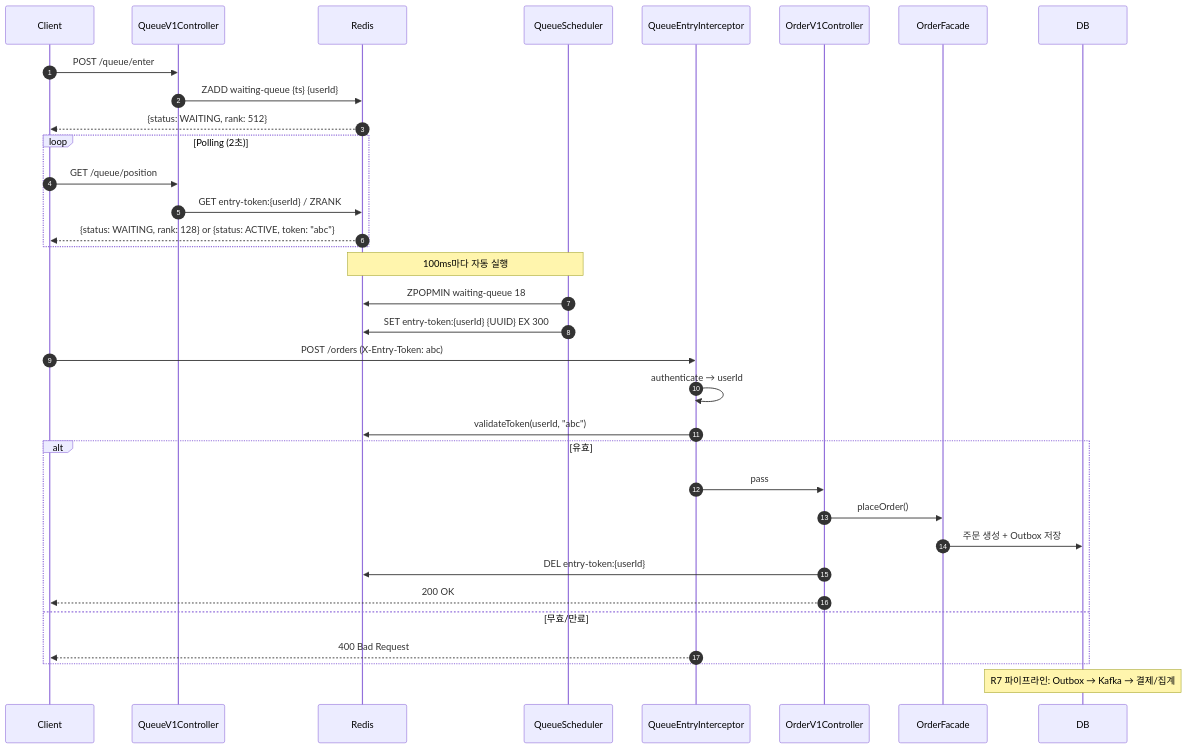
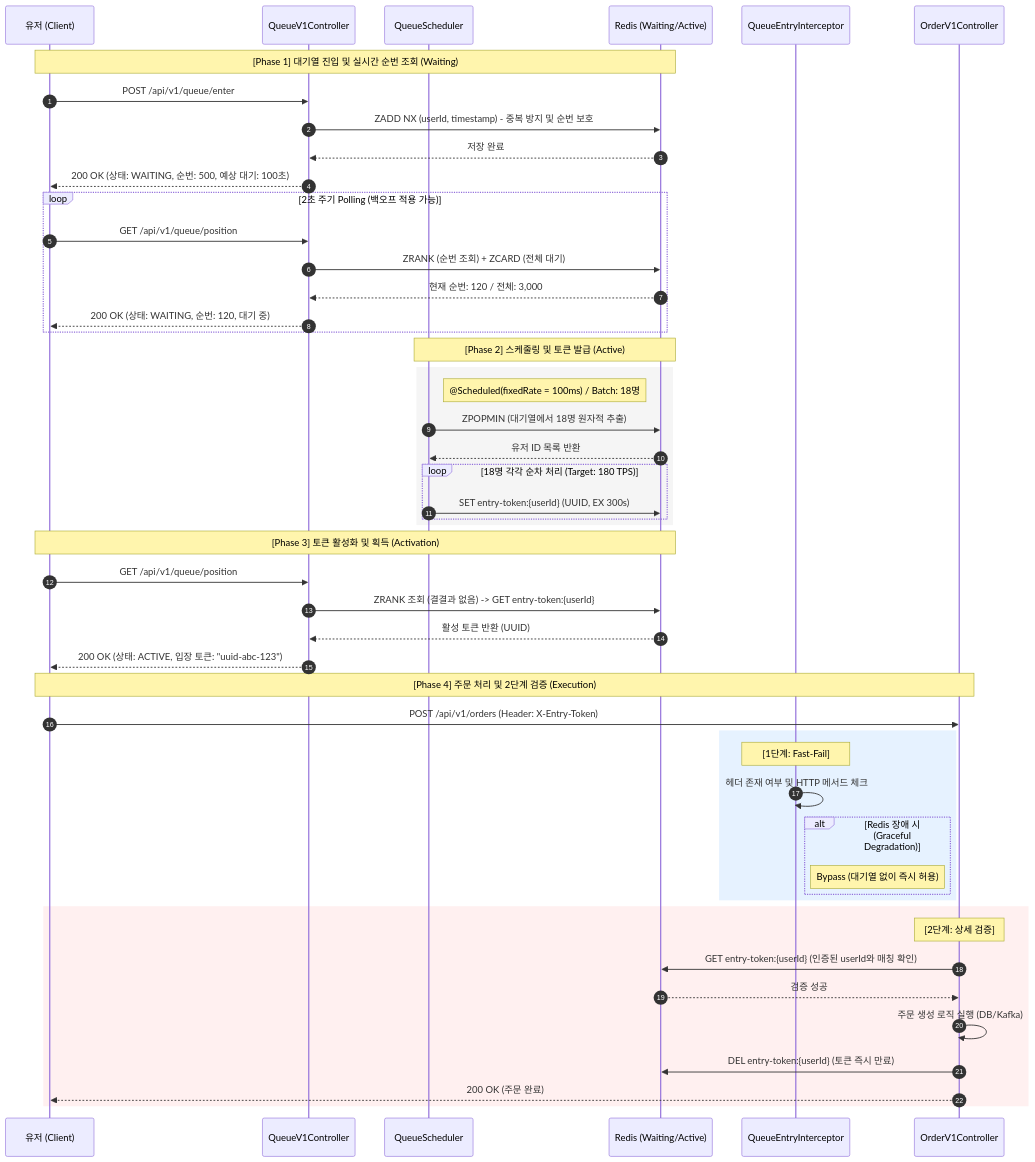
One commit to Loopers-dev-lab/loop-pack-be-l2-vol3-kotlin changed the second of 3 diagrams in week_notes/pr-week-8.md. Above: the diagram before and after it, drawn with Mermaid. The commit also changed other lines of this file and 4 other files, not shown here.

````diff
--- a/week_notes/pr-week-8.md
+++ b/week_notes/pr-week-8.md
@@ -88,42 +39,59 @@
 ```mermaid
 sequenceDiagram
     autonumber
-    participant Client
-    participant QueueAPI as QueueV1Controller
-    participant Redis as Redis
+    participant User as 유저 (Client)
+    participant Queue as QueueV1Controller
     participant Scheduler as QueueScheduler
+    participant Redis as Redis (Waiting/Active)
     participant Interceptor as QueueEntryInterceptor
-    participant OrderAPI as OrderV1Controller
-    participant OrderFacade
-    participant DB
+    participant Order as OrderV1Controller
 
-    Client->>QueueAPI: POST /queue/enter
-    QueueAPI->>Redis: ZADD waiting-queue {ts} {userId}
-    Redis-->>Client: {status: WAITING, rank: 512}
+    Note over User, Redis: [Phase 1] 대기열 진입 및 실시간 순번 조회 (Waiting)
+    User->>Queue: POST /api/v1/queue/enter
+    Queue->>Redis: ZADD NX (userId, timestamp) - 중복 방지 및 순번 보호
+    Redis-->>Queue: 저장 완료
+    Queue-->>User: 200 OK (상태: WAITING, 순번: 500, 예상 대기: 100초)
 
-    loop Polling (2초)
-        Client->>QueueAPI: GET /queue/position
-        QueueAPI->>Redis: GET entry-token:{userId} / ZRANK
-        Redis-->>Client: {status: WAITING, rank: 128} or {status: ACTIVE, token: "abc"}
+    loop 2초 주기 Polling (백오프 적용 가능)
+        User->>Queue: GET /api/v1/queue/position
+        Queue->>Redis: ZRANK (순번 조회) + ZCARD (전체 대기)
+        Redis-->>Queue: 현재 순번: 120 / 전체: 3,000
+        Queue-->>User: 200 OK (상태: WAITING, 순번: 120, 대기 중)
     end
 
-    Note over Scheduler,Redis: 100ms마다 자동 실행
-    Scheduler->>Redis: ZPOPMIN waiting-queue 18
-    Scheduler->>Redis: SET entry-token:{userId} {UUID} EX 300
-
-    Client->>Interceptor: POST /orders (X-Entry-Token: abc)
-    Interceptor->>Interceptor: authenticate → userId
-    Interceptor->>Redis: validateToken(userId, "abc")
-
-    alt 유효
-        Interceptor->>OrderAPI: pass
-        OrderAPI->>OrderFacade: placeOrder()
-        OrderFacade->>DB: 주문 생성 + Outbox 저장
-        OrderAPI->>Redis: DEL entry-token:{userId}
-        OrderAPI-->>Client: 200 OK
-    else 무효/만료
-        Interceptor-->>Client: 400 Bad Request
+    Note over Scheduler, Redis: [Phase 2] 스케줄링 및 토큰 발급 (Active)
+    rect rgb(245, 245, 245)
+        Note right of Scheduler: @Scheduled(fixedRate = 100ms) / Batch: 18명
+        Scheduler->>Redis: ZPOPMIN (대기열에서 18명 원자적 추출)
+        Redis-->>Scheduler: 유저 ID 목록 반환
+        loop 18명 각각 순차 처리 (Target: 180 TPS)
+            Scheduler->>Redis: SET entry-token:{userId} (UUID, EX 300s)
+        end
     end
 
-    Note over DB: R7 파이프라인: Outbox → Kafka → 결제/집계
+    Note over User, Redis: [Phase 3] 토큰 활성화 및 획득 (Activation)
+    User->>Queue: GET /api/v1/queue/position
+    Queue->>Redis: ZRANK 조회 (결결과 없음) -> GET entry-token:{userId}
+    Redis-->>Queue: 활성 토큰 반환 (UUID)
+    Queue-->>User: 200 OK (상태: ACTIVE, 입장 토큰: "uuid-abc-123")
+
+    Note over User, Order: [Phase 4] 주문 처리 및 2단계 검증 (Execution)
+    User->>Order: POST /api/v1/orders (Header: X-Entry-Token)
+    
+    rect rgb(230, 242, 255)
+        Note over Interceptor: [1단계: Fast-Fail]
+        Interceptor->>Interceptor: 헤더 존재 여부 및 HTTP 메서드 체크
+        alt Redis 장애 시 (Graceful Degradation)
+            Note right of Interceptor: Bypass (대기열 없이 즉시 허용)
+        end
+    end
+
+    rect rgb(255, 240, 240)
+        Note over Order: [2단계: 상세 검증]
+        Order->>Redis: GET entry-token:{userId} (인증된 userId와 매칭 확인)
+        Redis-->>Order: 검증 성공
+        Order->>Order: 주문 생성 로직 실행 (DB/Kafka)
+        Order->>Redis: DEL entry-token:{userId} (토큰 즉시 만료)
+        Order-->>User: 200 OK (주문 완료)
+    end
 ```
````
